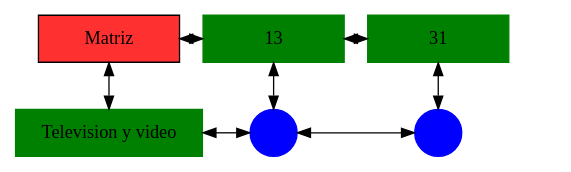
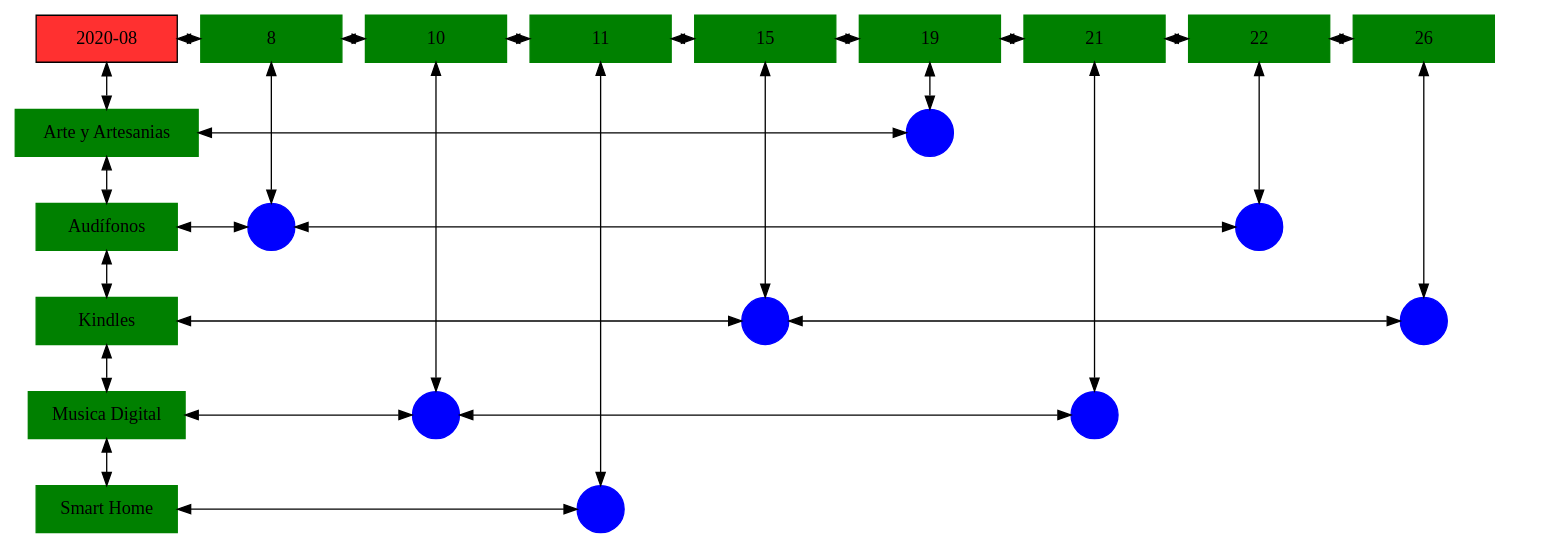
One commit to EDD20S2-201807435/EDD_VirtualMall_201807435 changed the diagram in Servidor/src/2020-08/2020-08.dot. Above: the diagram before and after it, drawn with Graphviz. The commit also changed 641 other files, not shown here.

```diff
--- a/Servidor/src/2020-08/2020-08.dot
+++ b/Servidor/src/2020-08/2020-08.dot
@@ -1,22 +1,72 @@
 digraph G{
 node[shape="box"];
-nodeMt[ label = "Matriz", width = 1.5, style = filled, fillcolor = firebrick1, group = 1 ];
+nodeMt[ label = "2020-08", width = 1.5, style = filled, fillcolor = firebrick1, group = 1 ];
 e0[ shape = point, width = 0 ];
 e1[ shape = point, width = 0 ];
-node0xc0000ac960[label="13",color=green,style =filled,width = 1.5 group=13];
-nodeMt->node0xc0000ac960[dir="both"];
-{rank=same;nodeMt;node0xc0000ac960;}
-node0xc0000aca00[label="31",color=green,style =filled,width = 1.5 group=31];
-node0xc0000ac960->node0xc0000aca00[dir="both"];
-{rank=same;node0xc0000ac960;node0xc0000aca00;}
-node0xc0000ac910[label="Television y video",color=green,style =filled width = 1.5 group=1];
-node0xc0000be880[label="",color=blue,style =filled, width = 0.5 group=13 shape=circle];
-node0xc0000ac910->node0xc0000be880[dir="both"];
-{rank=same;node0xc0000ac910;node0xc0000be880;}
-node0xc0000be900[label="",color=blue,style =filled, width = 0.5 group=31 shape=circle];
-node0xc0000be880->node0xc0000be900[dir="both"];
-{rank=same;node0xc0000be900;node0xc0000be880;}
-node0xc0000ac960->node0xc0000be880[dir="both"];
-node0xc0000aca00->node0xc0000be900[dir="both"];
-nodeMt->node0xc0000ac910[dir="both"];
+node0xc001e47540[label="8",color=green,style =filled,width = 1.5 group=8];
+nodeMt->node0xc001e47540[dir="both"];
+{rank=same;nodeMt;node0xc001e47540;}
+node0xc002158140[label="10",color=green,style =filled,width = 1.5 group=10];
+node0xc001e47540->node0xc002158140[dir="both"];
+{rank=same;node0xc001e47540;node0xc002158140;}
+node0xc002103810[label="11",color=green,style =filled,width = 1.5 group=11];
+node0xc002158140->node0xc002103810[dir="both"];
+{rank=same;node0xc002158140;node0xc002103810;}
+node0xc002136190[label="15",color=green,style =filled,width = 1.5 group=15];
+node0xc002103810->node0xc002136190[dir="both"];
+{rank=same;node0xc002103810;node0xc002136190;}
+node0xc0022cd040[label="19",color=green,style =filled,width = 1.5 group=19];
+node0xc002136190->node0xc0022cd040[dir="both"];
+{rank=same;node0xc002136190;node0xc0022cd040;}
+node0xc002158690[label="21",color=green,style =filled,width = 1.5 group=21];
+node0xc0022cd040->node0xc002158690[dir="both"];
+{rank=same;node0xc0022cd040;node0xc002158690;}
+node0xc001f87f90[label="22",color=green,style =filled,width = 1.5 group=22];
+node0xc002158690->node0xc001f87f90[dir="both"];
+{rank=same;node0xc002158690;node0xc001f87f90;}
+node0xc001e554a0[label="26",color=green,style =filled,width = 1.5 group=26];
+node0xc001f87f90->node0xc001e554a0[dir="both"];
+{rank=same;node0xc001f87f90;node0xc001e554a0;}
+node0xc0022ccff0[label="Arte y Artesanias",color=green,style =filled width = 1.5 group=1];
+node0xc0022c7c80[label="",color=blue,style =filled, width = 0.5 group=19 shape=circle];
+node0xc0022ccff0->node0xc0022c7c80[dir="both"];
+{rank=same;node0xc0022ccff0;node0xc0022c7c80;}
+node0xc001e474f0[label="Audífonos",color=green,style =filled width = 1.5 group=1];
+node0xc001e44e00[label="",color=blue,style =filled, width = 0.5 group=8 shape=circle];
+node0xc001e474f0->node0xc001e44e00[dir="both"];
+{rank=same;node0xc001e474f0;node0xc001e44e00;}
+node0xc001f89380[label="",color=blue,style =filled, width = 0.5 group=22 shape=circle];
+node0xc001e44e00->node0xc001f89380[dir="both"];
+{rank=same;node0xc001f89380;node0xc001e44e00;}
+node0xc001e55450[label="Kindles",color=green,style =filled width = 1.5 group=1];
+node0xc00212b480[label="",color=blue,style =filled, width = 0.5 group=15 shape=circle];
+node0xc001e55450->node0xc00212b480[dir="both"];
+{rank=same;node0xc001e55450;node0xc00212b480;}
+node0xc001e45f80[label="",color=blue,style =filled, width = 0.5 group=26 shape=circle];
+node0xc00212b480->node0xc001e45f80[dir="both"];
+{rank=same;node0xc001e45f80;node0xc00212b480;}
+node0xc0021580f0[label="Musica Digital",color=green,style =filled width = 1.5 group=1];
+node0xc002156780[label="",color=blue,style =filled, width = 0.5 group=10 shape=circle];
+node0xc0021580f0->node0xc002156780[dir="both"];
+{rank=same;node0xc0021580f0;node0xc002156780;}
+node0xc002156b00[label="",color=blue,style =filled, width = 0.5 group=21 shape=circle];
+node0xc002156780->node0xc002156b00[dir="both"];
+{rank=same;node0xc002156b00;node0xc002156780;}
+node0xc0021037c0[label="Smart Home",color=green,style =filled width = 1.5 group=1];
+node0xc0020ffb80[label="",color=blue,style =filled, width = 0.5 group=11 shape=circle];
+node0xc0021037c0->node0xc0020ffb80[dir="both"];
+{rank=same;node0xc0021037c0;node0xc0020ffb80;}
+node0xc001e47540->node0xc001e44e00[dir="both"];
+node0xc002158140->node0xc002156780[dir="both"];
+node0xc002103810->node0xc0020ffb80[dir="both"];
+node0xc002136190->node0xc00212b480[dir="both"];
+node0xc0022cd040->node0xc0022c7c80[dir="both"];
+node0xc002158690->node0xc002156b00[dir="both"];
+node0xc001f87f90->node0xc001f89380[dir="both"];
+node0xc001e554a0->node0xc001e45f80[dir="both"];
+nodeMt->node0xc0022ccff0[dir="both"];
+node0xc0022ccff0->node0xc001e474f0[dir="both"];
+node0xc001e474f0->node0xc001e55450[dir="both"];
+node0xc001e55450->node0xc0021580f0[dir="both"];
+node0xc0021580f0->node0xc0021037c0[dir="both"];
 }
```
